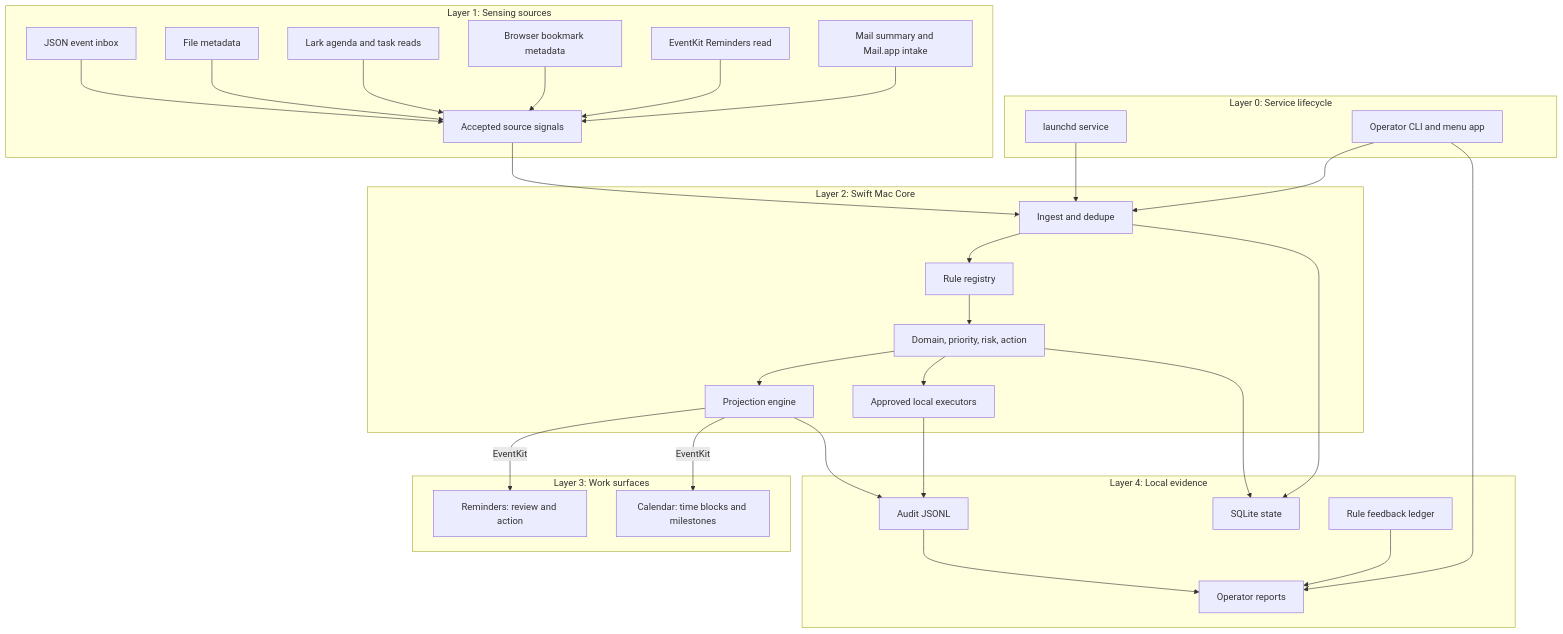
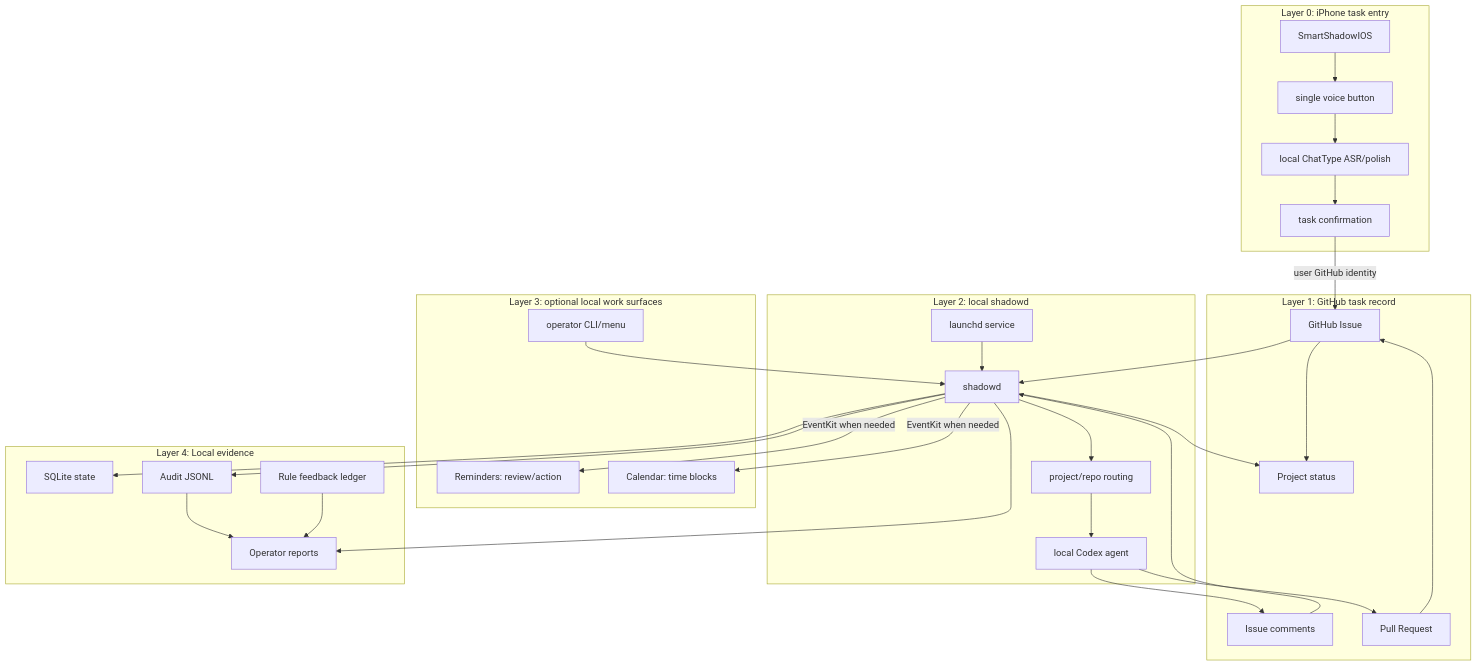
Before and after one commit to longbiaochen/smart-shadow: the first of 3 diagrams in README.md, drawn with Mermaid. The commit also changed other lines of this file and 174 other files, not shown here.

Commit message:
Implement local voice GitHub workflow

````diff
--- a/README.md
+++ b/README.md
@@ -9,58 +13,55 @@
 ```mermaid
 flowchart TB
-    subgraph L0["Layer 0: Service lifecycle"]
-        Launchd["launchd service"]
-        CLI["Operator CLI and menu app"]
+    subgraph L0["Layer 0: iPhone task entry"]
+        IOS["SmartShadowIOS"]
+        Voice["single voice button"]
+        LocalVoice["local ChatType ASR/polish"]
+        Confirm["task confirmation"]
     end
 
-    subgraph L1["Layer 1: Sensing sources"]
-        Inbox["JSON event inbox"]
-        Files["File metadata"]
-        Lark["Lark agenda and task reads"]
-        Bookmarks["Browser bookmark metadata"]
-        RemindersIn["EventKit Reminders read"]
-        Mail["Mail summary and Mail.app intake"]
-        Signals["Accepted source signals"]
+    subgraph L1["Layer 1: GitHub task record"]
+        Issue["GitHub Issue"]
+        Comment["Issue comments"]
+        PR["Pull Request"]
+        Project["Project status"]
     end
 
-    subgraph L2["Layer 2: Swift Mac Core"]
-        Ingest["Ingest and dedupe"]
-        Rules["Rule registry"]
-        Decide["Domain, priority, risk, action"]
-        Project["Projection engine"]
-        Execute["Approved local executors"]
+    subgraph L2["Layer 2: local shadowd"]
+        Launchd["launchd service"]
+        D["shadowd"]
+        Route["project/repo routing"]
+        Codex["local Codex agent"]
     end
 
-    subgraph L3["Layer 3: Work surfaces"]
-        R["Reminders: review and action"]
-        C["Calendar: time blocks and milestones"]
+    subgraph L3["Layer 3: optional local work surfaces"]
+        R["Reminders: review/action"]
+        C["Calendar: time blocks"]
+        CLI["operator CLI/menu"]
     end
 
     subgraph L4["Layer 4: Local evidence"]
         DB["SQLite state"]
         Audit["Audit JSONL"]
         Reports["Operator reports"]
         Feedback["Rule feedback ledger"]
     end
 
-    Launchd --> Ingest
-    CLI --> Ingest
-    CLI --> Reports
-    Inbox --> Signals
-    Files --> Signals
-    Lark --> Signals
-    Bookmarks --> Signals
-    RemindersIn --> Signals
-    Mail --> Signals
-    Signals --> Ingest
-    Ingest --> Rules --> Decide --> Project
-    Decide --> Execute
-    Project -->|EventKit| R
-    Project -->|EventKit| C
-    Ingest --> DB
-    Decide --> DB
-    Project --> Audit
-    Execute --> Audit
+    IOS --> Voice --> LocalVoice --> Confirm -->|user GitHub identity| Issue
+    Issue --> Project
+    Issue --> D
+    Comment --> D
+    D --> Route --> Codex
+    Codex --> Comment
+    Codex --> PR
+    PR --> Issue
+    D --> Project
+    D --> DB
+    D --> Audit
+    D --> Reports
+    D -->|EventKit when needed| R
+    D -->|EventKit when needed| C
+    CLI --> D
+    Launchd --> D
     Audit --> Reports
     Feedback --> Reports
 ```
````
